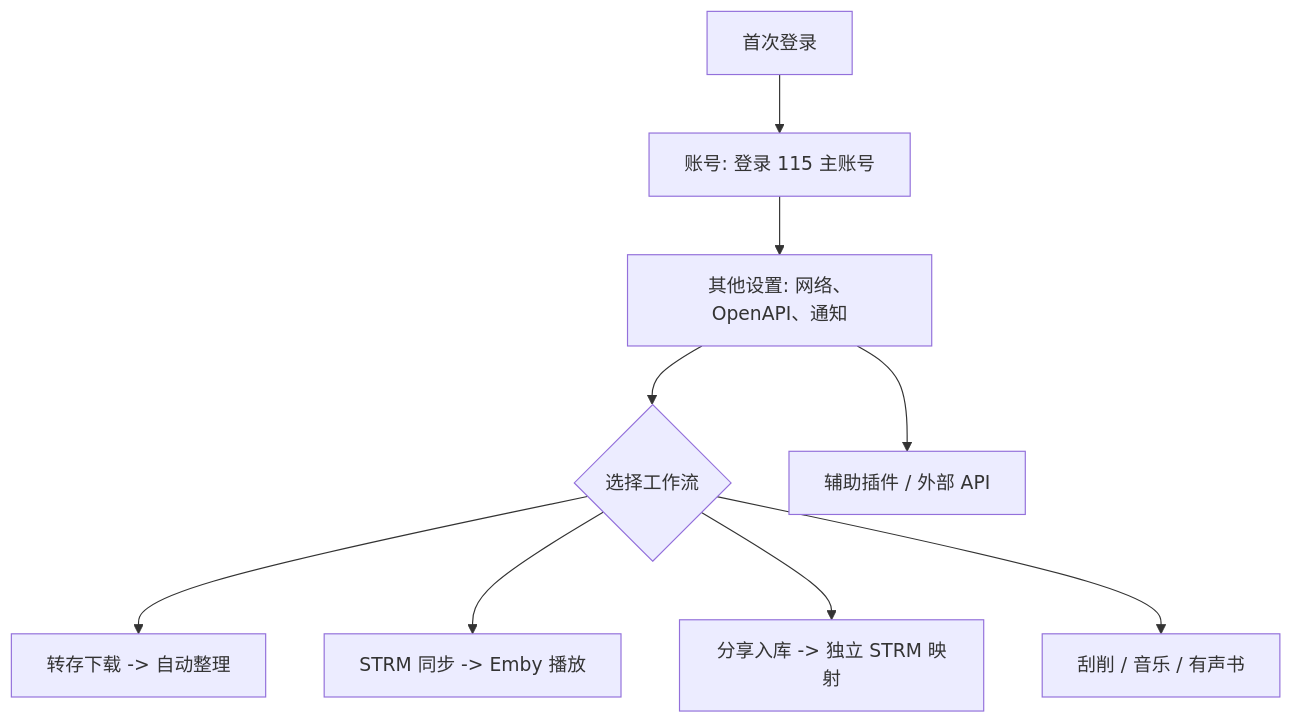
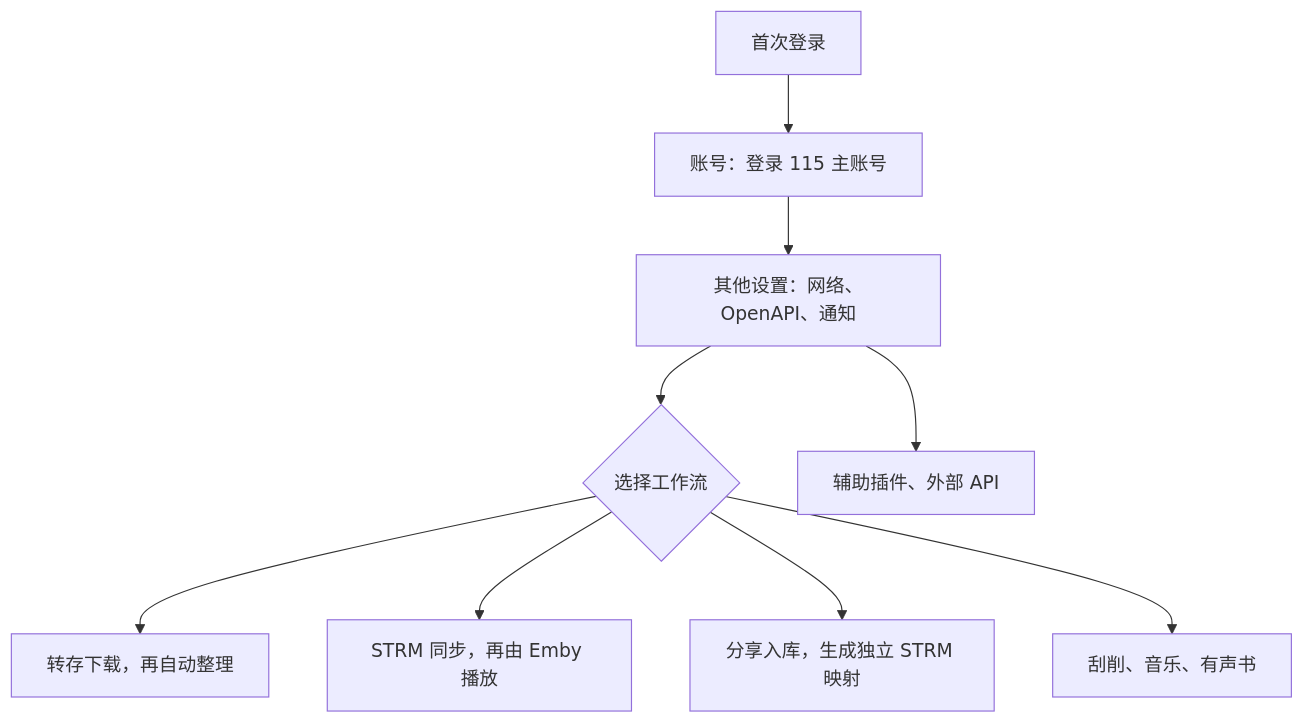
Before and after one commit to yyllaa/Flowpan-light: the second of 2 diagrams in docs/使用指南.md, drawn with Mermaid. The commit also changed other lines of this file, not shown here.

Commit message:
docs: fix Mermaid diagrams for GitHub

````diff
--- a/docs/使用指南.md
+++ b/docs/使用指南.md
@@ -157,11 +157,11 @@
 ```mermaid
 flowchart TD
-  A[首次登录] --> B[账号: 登录 115 主账号]
-  B --> C[其他设置: 网络、OpenAPI、通知]
-  C --> D{选择工作流}
-  D --> E[转存下载 -> 自动整理]
-  D --> F[STRM 同步 -> Emby 播放]
-  D --> G[分享入库 -> 独立 STRM 映射]
-  D --> H[刮削 / 音乐 / 有声书]
-  C --> I[辅助插件 / 外部 API]
+  A["首次登录"] --> B["账号：登录 115 主账号"]
+  B --> C["其他设置：网络、OpenAPI、通知"]
+  C --> D{"选择工作流"}
+  D --> E["转存下载，再自动整理"]
+  D --> F["STRM 同步，再由 Emby 播放"]
+  D --> G["分享入库，生成独立 STRM 映射"]
+  D --> H["刮削、音乐、有声书"]
+  C --> I["辅助插件、外部 API"]
 ```
````
